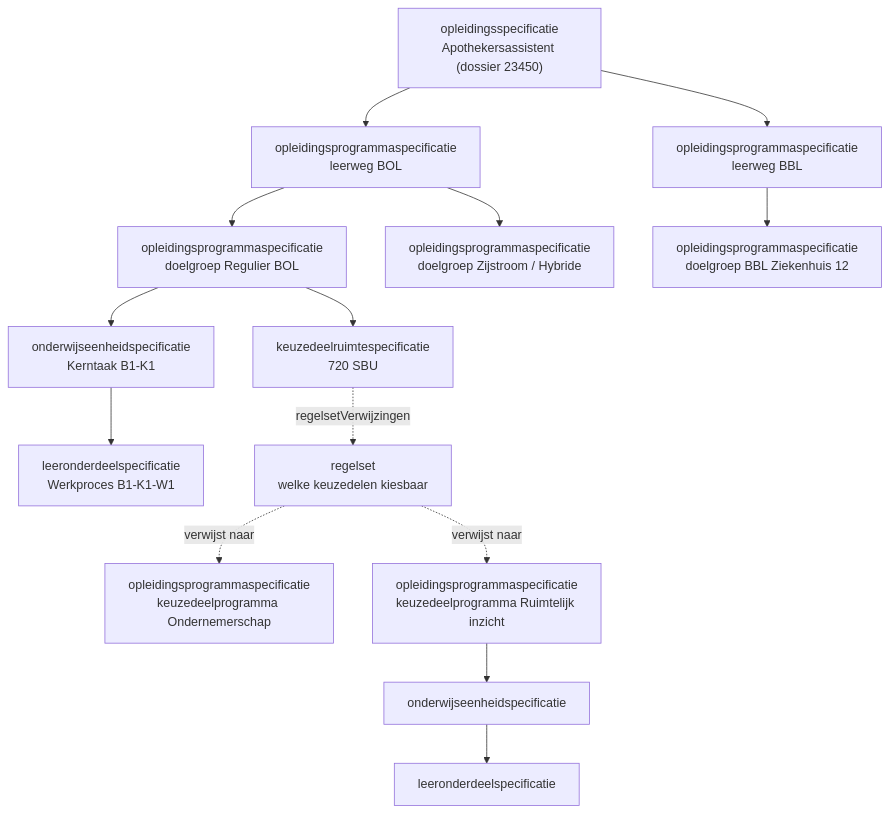
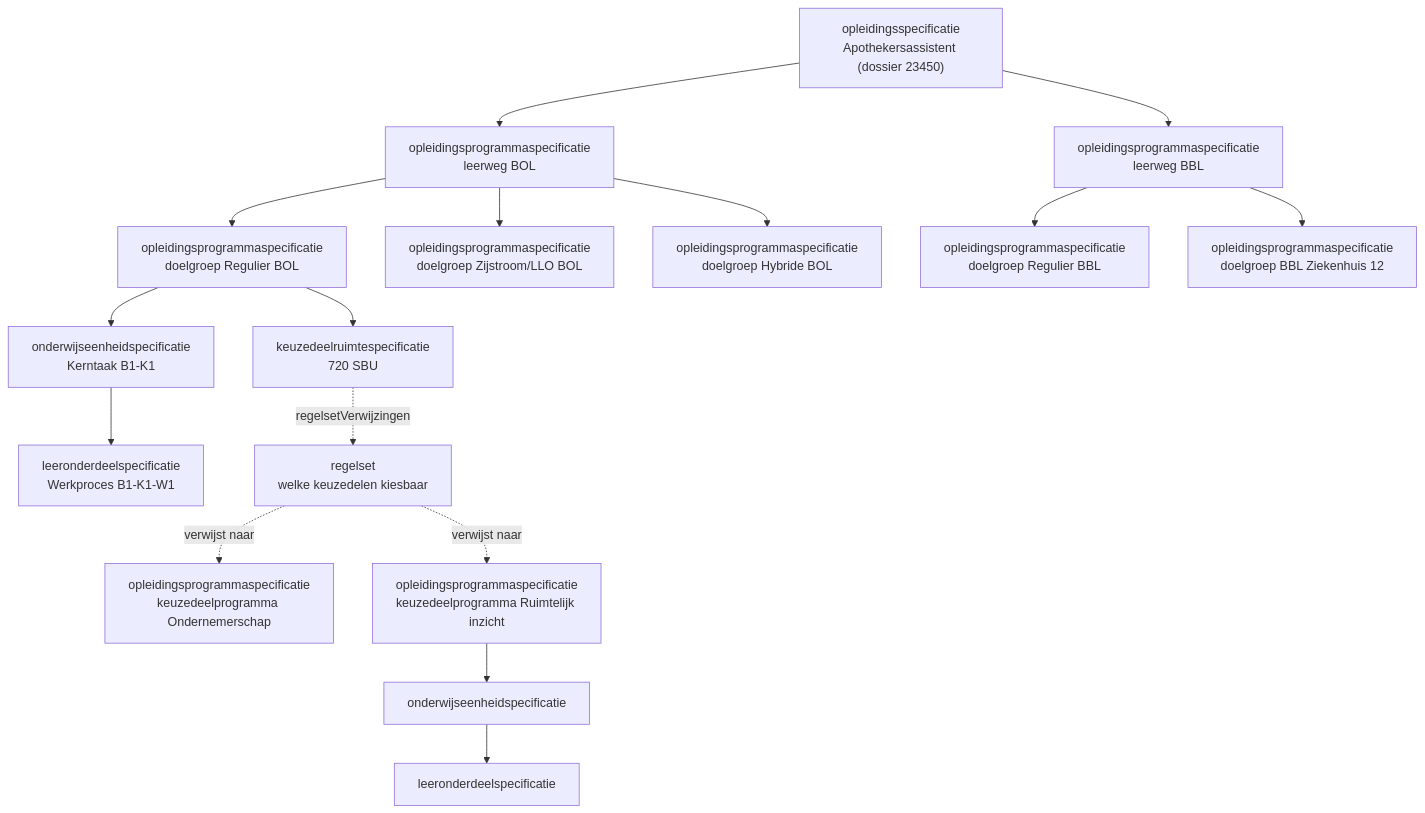
The first of 2 diagrams in architecture/agent-artifacts/design-docs/koppelingspecificaties/gedeeld/20260717_1120_okx-lr1-onderwijsspecificatie-payload-json.md (Npuls-OKx/meta), drawn with Mermaid before and after one commit. The commit also changed other lines of this file and 12 other files, not shown here.

````diff
--- a/architecture/agent-artifacts/design-docs/koppelingspecificaties/gedeeld/20260717_1120_okx-lr1-onderwijsspecificatie-payload-json.md
+++ b/architecture/agent-artifacts/design-docs/koppelingspecificaties/gedeeld/20260717_1120_okx-lr1-onderwijsspecificatie-payload-json.md
@@ -53,28 +54,32 @@
 ```mermaid
 flowchart TD
     OPL["opleidingsspecificatie<br/>Apothekersassistent (dossier 23450)"]
     PBOL["opleidingsprogrammaspecificatie<br/>leerweg BOL"]
     PBBL["opleidingsprogrammaspecificatie<br/>leerweg BBL"]
     G1["opleidingsprogrammaspecificatie<br/>doelgroep Regulier BOL"]
-    G2["opleidingsprogrammaspecificatie<br/>doelgroep Zijstroom / Hybride"]
-    G4["opleidingsprogrammaspecificatie<br/>doelgroep BBL Ziekenhuis 12"]
+    G2["opleidingsprogrammaspecificatie<br/>doelgroep Zijstroom/LLO BOL"]
+    G3["opleidingsprogrammaspecificatie<br/>doelgroep Hybride BOL"]
+    G4["opleidingsprogrammaspecificatie<br/>doelgroep Regulier BBL"]
+    G5["opleidingsprogrammaspecificatie<br/>doelgroep BBL Ziekenhuis 12"]
     OE["onderwijseenheidspecificatie<br/>Kerntaak B1-K1"]
     LO["leeronderdeelspecificatie<br/>Werkproces B1-K1-W1"]
     KR["keuzedeelruimtespecificatie<br/>720 SBU"]
     RS["regelset<br/>welke keuzedelen kiesbaar"]
     KD1["opleidingsprogrammaspecificatie<br/>keuzedeelprogramma Ondernemerschap"]
     KD2["opleidingsprogrammaspecificatie<br/>keuzedeelprogramma Ruimtelijk inzicht"]
     OPL --> PBOL
     OPL --> PBBL
     PBOL --> G1
     PBOL --> G2
+    PBOL --> G3
     PBBL --> G4
+    PBBL --> G5
     G1 --> OE
     OE --> LO
     G1 --> KR
     KR -. regelsetVerwijzingen .-> RS
     RS -. verwijst naar .-> KD1
     RS -. verwijst naar .-> KD2
     KD2 --> KDOE["onderwijseenheidspecificatie"]
     KDOE --> KDLO["leeronderdeelspecificatie"]
 ```
````
